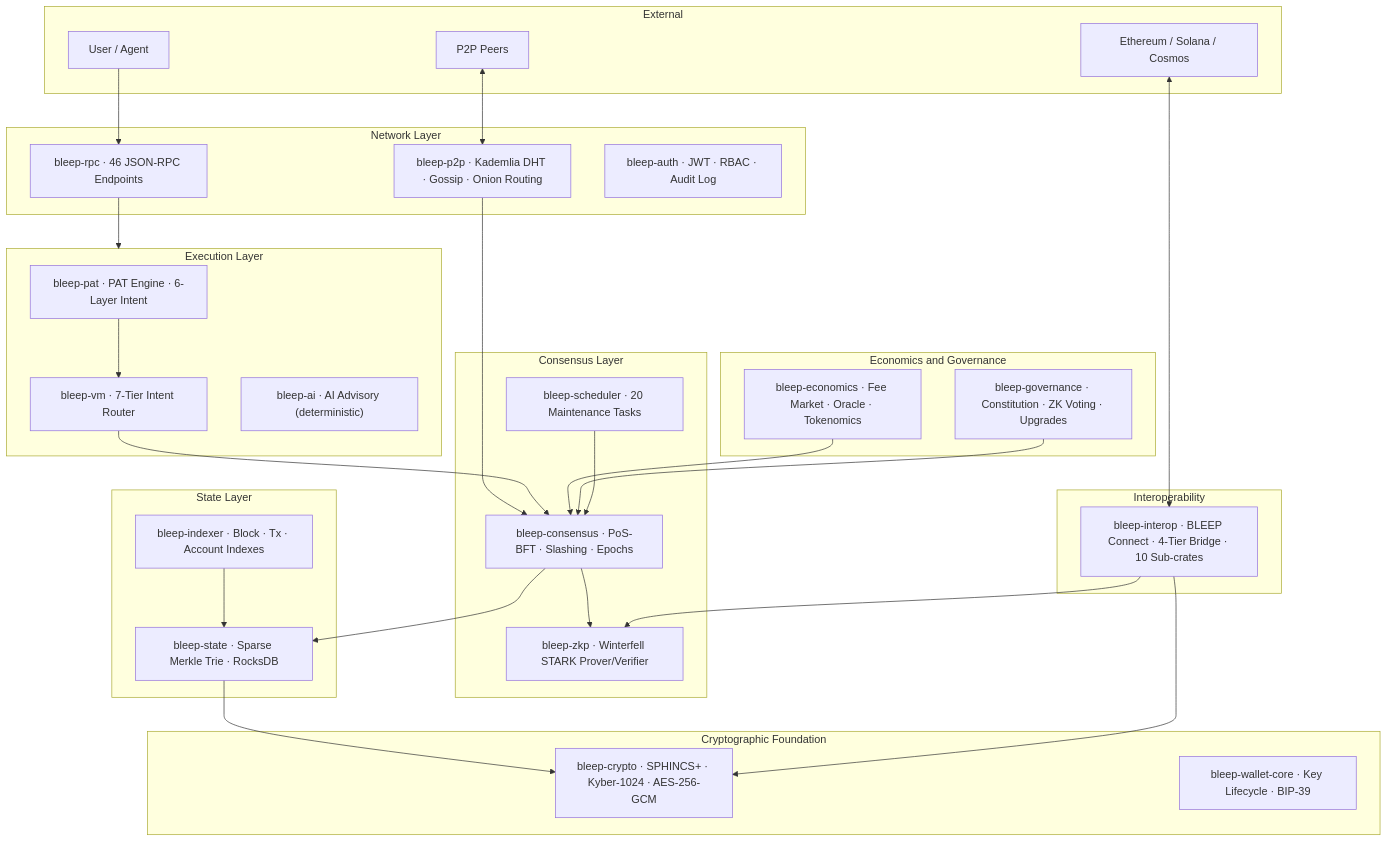
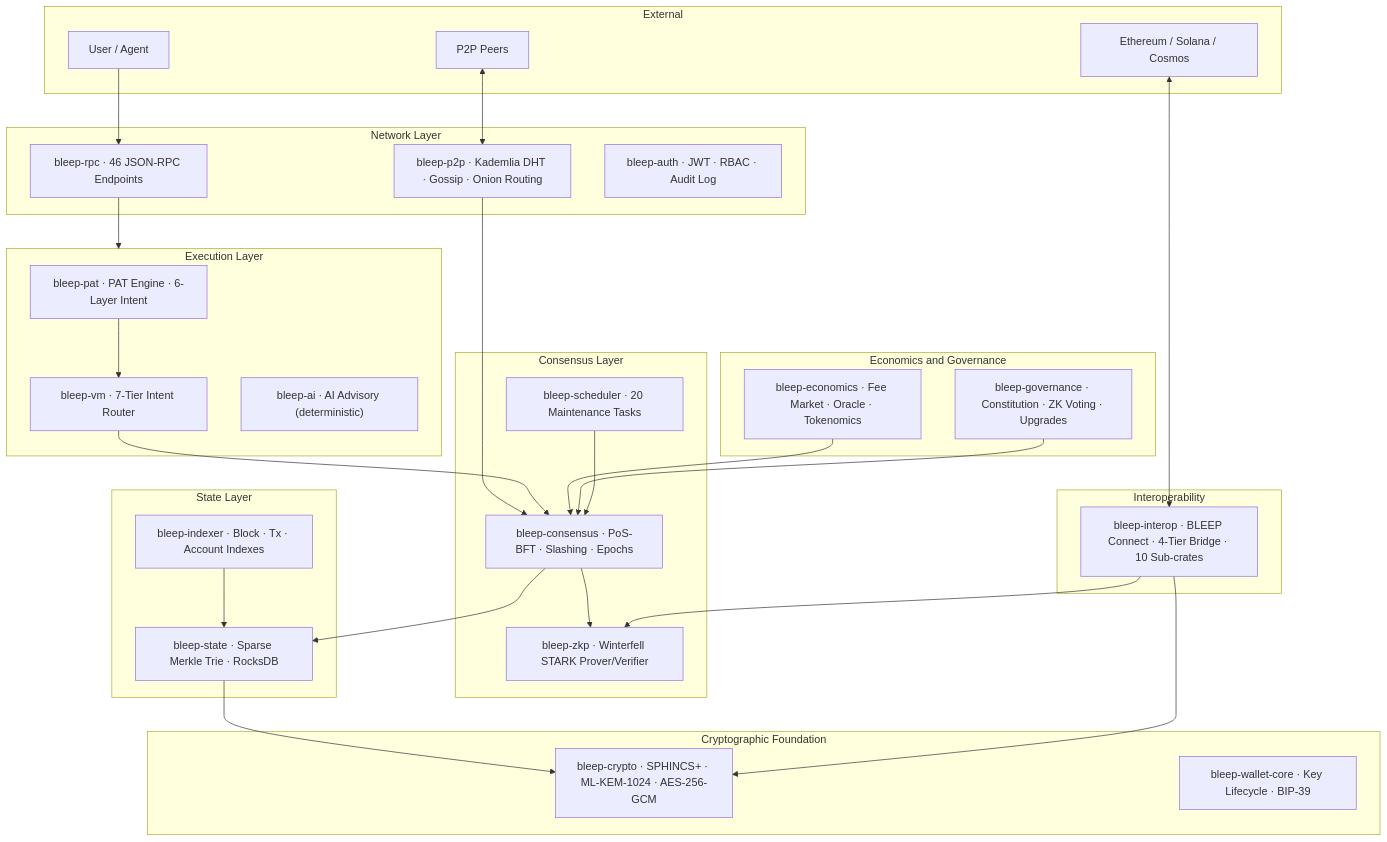
One commit to BleepEcosystem/BLEEP-v1 changed the first of 7 diagrams in WHITEPAPER.md. Above: the diagram before and after it, drawn with Mermaid. The commit also changed other lines of this file and 38 other files, not shown here.

````diff
--- a/WHITEPAPER.md
+++ b/WHITEPAPER.md
@@ -71,54 +71,54 @@
 ```mermaid
 graph TB
     subgraph EXT["External"]
         USER["User / Agent"]
         PEER["P2P Peers"]
         ETH["Ethereum / Solana / Cosmos"]
     end
     subgraph NET["Network Layer"]
         P2P["bleep-p2p · Kademlia DHT · Gossip · Onion Routing"]
         RPC["bleep-rpc · 46 JSON-RPC Endpoints"]
         AUTH["bleep-auth · JWT · RBAC · Audit Log"]
     end
     subgraph EXEC["Execution Layer"]
         PAT["bleep-pat · PAT Engine · 6-Layer Intent"]
         VM["bleep-vm · 7-Tier Intent Router"]
         AI["bleep-ai · AI Advisory (deterministic)"]
     end
     subgraph CONSENSUS["Consensus Layer"]
         CON["bleep-consensus · PoS-BFT · Slashing · Epochs"]
         ZKP["bleep-zkp · Winterfell STARK Prover/Verifier"]
         SCHED["bleep-scheduler · 20 Maintenance Tasks"]
     end
     subgraph STATE["State Layer"]
         ST["bleep-state · Sparse Merkle Trie · RocksDB"]
         IDX["bleep-indexer · Block · Tx · Account Indexes"]
     end
     subgraph CRYPTO["Cryptographic Foundation"]
-        CRY["bleep-crypto · SPHINCS+ · Kyber-1024 · AES-256-GCM"]
+        CRY["bleep-crypto · SPHINCS+ · ML-KEM-1024 · AES-256-GCM"]
         WALLET["bleep-wallet-core · Key Lifecycle · BIP-39"]
     end
     subgraph ECON["Economics and Governance"]
         ECO["bleep-economics · Fee Market · Oracle · Tokenomics"]
         GOV["bleep-governance · Constitution · ZK Voting · Upgrades"]
     end
     subgraph INTEROP["Interoperability"]
         BC["bleep-interop · BLEEP Connect · 4-Tier Bridge · 10 Sub-crates"]
     end
     USER --> RPC
     PEER <--> P2P
     ETH <--> BC
     RPC --> EXEC
     P2P --> CON
     PAT --> VM
     VM --> CON
     CON --> ZKP
     CON --> ST
     ST --> CRY
     ECO --> CON
     GOV --> CON
     BC --> ZKP
     BC --> CRY
     SCHED --> CON
     IDX --> ST
 ```
````
